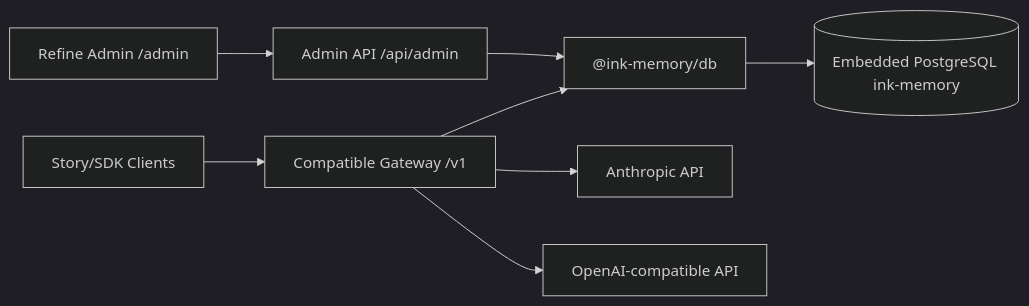
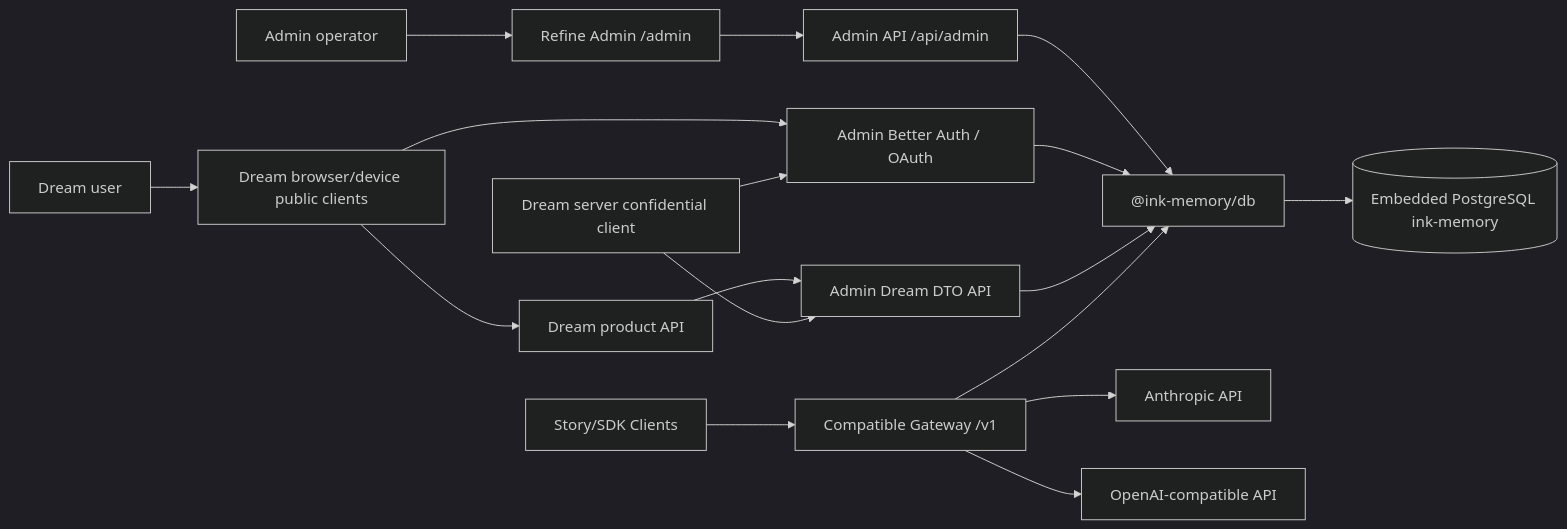
Before and after one commit to glide-the/dream-im-platform: the first of 2 diagrams in docs/architecture/项目架构设计说明.md, drawn with Mermaid (dark theme). The commit also changed other lines of this file and 5 other files, not shown here.

Commit message:
docs(auth): clarify admin and dream identity domains

````diff
--- a/docs/architecture/项目架构设计说明.md
+++ b/docs/architecture/项目架构设计说明.md
@@ -14,10 +15,19 @@
 ```mermaid
 flowchart LR
-  Admin["Refine Admin /admin"] --> AdminAPI["Admin API /api/admin"]
+  Operator["Admin operator"] --> Admin["Refine Admin /admin"]
+  Admin --> AdminAPI["Admin API /api/admin"]
+  DreamUser["Dream user"] --> DreamClient["Dream browser/device public clients"]
+  DreamClient --> Auth["Admin Better Auth / OAuth"]
+  DreamService["Dream server confidential client"] --> Auth
+  DreamClient --> DreamAPI["Dream product API"]
+  DreamAPI --> DreamData["Admin Dream DTO API"]
+  DreamService --> DreamData
   Client["Story/SDK Clients"] --> Gateway["Compatible Gateway /v1"]
   AdminAPI --> DBPackage["@ink-memory/db"]
+  Auth --> DBPackage
+  DreamData --> DBPackage
   Gateway --> DBPackage
   DBPackage --> PG[("Embedded PostgreSQL ink-memory")]
   Gateway --> Anthropic["Anthropic API"]
   Gateway --> OpenAI["OpenAI-compatible API"]
 ```
````
